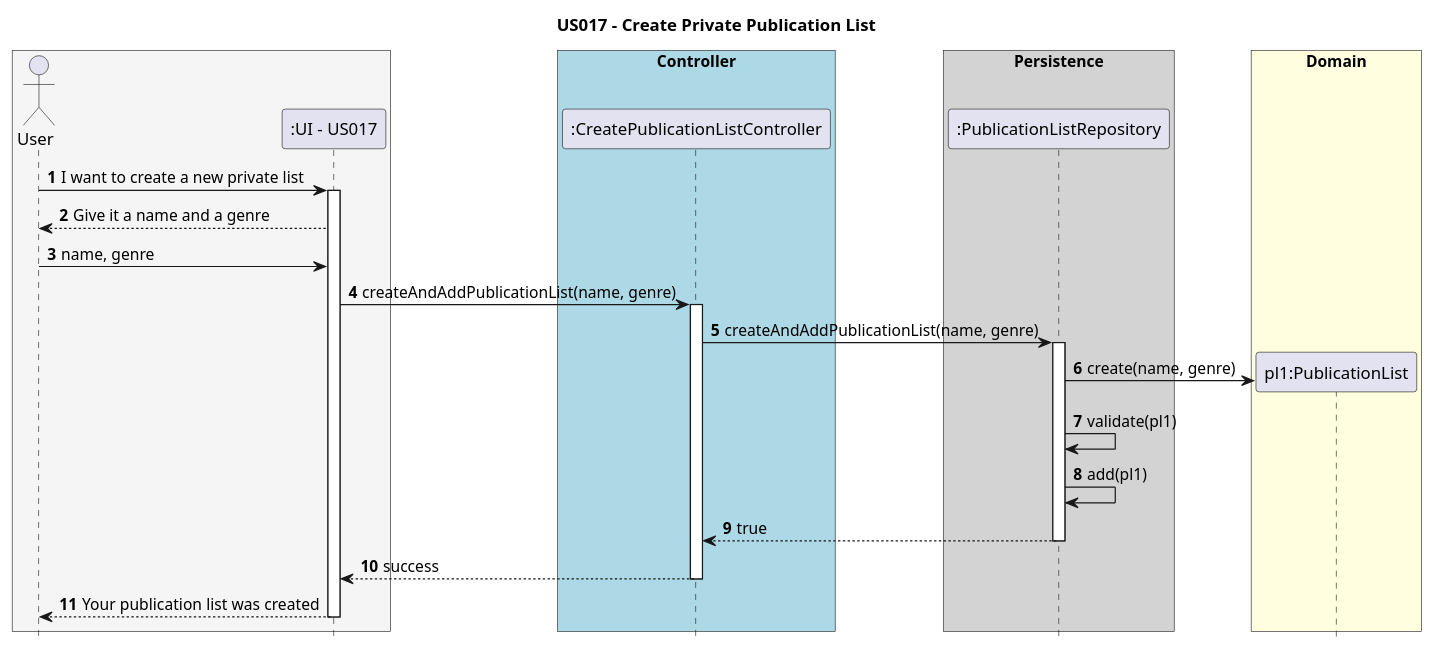
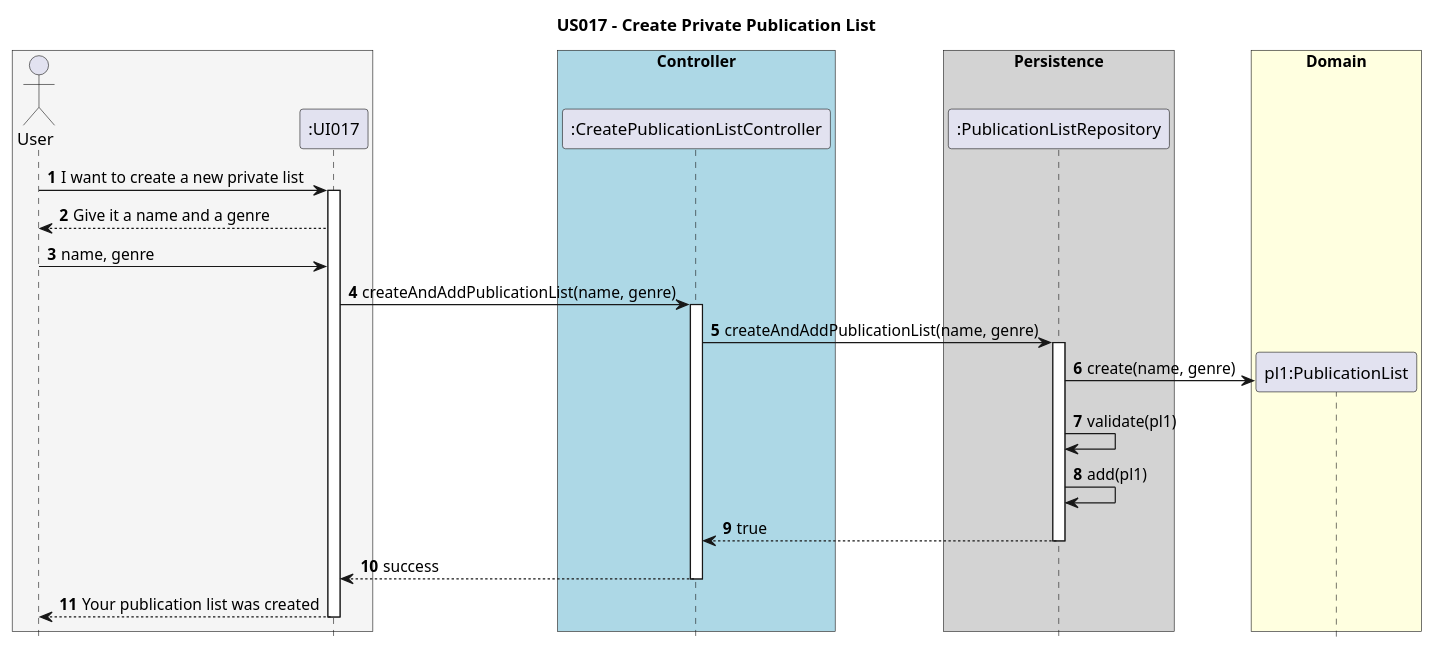
The diagram in Diagrams/SequenceDiagrams/N2/US017-to-create-private-publication-list.puml (AndrePereiraGitH/SWitCH-Project-Team_A), drawn with PlantUML before and after one commit. The commit also changed 3 other files, not shown here.

Commit message:
#88 #89 and #92 #94: update class diagrams 17 and 18

```diff
--- a/Diagrams/SequenceDiagrams/N2/US017-to-create-private-publication-list.puml
+++ b/Diagrams/SequenceDiagrams/N2/US017-to-create-private-publication-list.puml
@@ -1,50 +1,50 @@
 @startuml
 hide footbox
 autonumber
 
 title US017 - Create Private Publication List
 
 box #whitesmoke
 actor "User" as User
-participant ":UI - US017" as UI
+participant ":UI017" as UI
 end box
 
 box "Controller" #Lightblue
 participant ":CreatePublicationListController" as Controller
 end box
 
 box "Persistence" #LightGrey
 participant ":PublicationListRepository" as Repository
 end box
 
 User -> UI : I want to create a new private list
 activate UI
 
 UI --> User : Give it a name and a genre
 User -> UI : name, genre
 
 UI -> Controller : createAndAddPublicationList(name, genre)
 activate Controller
 
 Controller -> Repository : createAndAddPublicationList(name, genre)
 activate Repository
 
 box "Domain" #Lightyellow
 create "pl1:PublicationList" as PublicationList
 end box
 
 Repository -> PublicationList : create(name, genre)
 
 Repository -> Repository : validate(pl1)
 Repository -> Repository : add(pl1)
 
 Repository --> Controller : true
 deactivate Repository
 
 Controller --> UI : success
 deactivate Controller
 
 UI --> User : Your publication list was created
 deactivate UI
 
 @enduml
```
